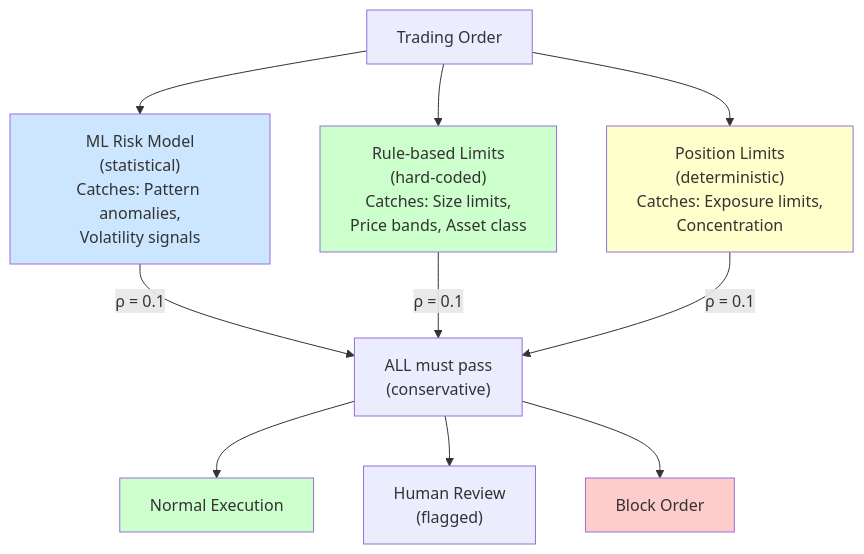
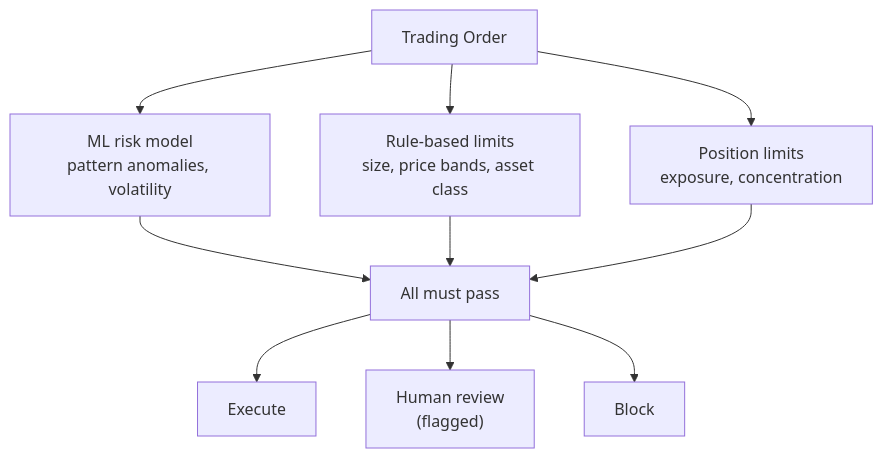
Before and after one commit to quantified-uncertainty/cairn: the seventh of 9 diagrams in apps/delegation-risk/src/content/docs/entanglements/case-studies/examples.md, drawn with Mermaid. The commit also changed other lines of this file and 253 other files, not shown here.

````diff
--- a/apps/delegation-risk/src/content/docs/entanglements/case-studies/examples.md
+++ b/apps/delegation-risk/src/content/docs/entanglements/case-studies/examples.md
@@ -305,21 +231,15 @@
 ```mermaid
 flowchart TB
     TO[Trading Order]
-    TO --> ML["ML Risk Model<br/>(statistical)<br/>Catches: Pattern anomalies,<br/>Volatility signals"]
-    TO --> RB["Rule-based Limits<br/>(hard-coded)<br/>Catches: Size limits,<br/>Price bands, Asset class"]
-    TO --> PL["Position Limits<br/>(deterministic)<br/>Catches: Exposure limits,<br/>Concentration"]
+    TO --> ML["ML risk model<br/>pattern anomalies, volatility"]
+    TO --> RB["Rule-based limits<br/>size, price bands, asset class"]
+    TO --> PL["Position limits<br/>exposure, concentration"]
 
-    ML -->|"ρ = 0.1"| AG["ALL must pass<br/>(conservative)"]
-    RB -->|"ρ = 0.1"| AG
-    PL -->|"ρ = 0.1"| AG
+    ML --> AG["All must pass"]
+    RB --> AG
+    PL --> AG
 
-    AG --> NE[Normal Execution]
-    AG --> HR["Human Review<br/>(flagged)"]
-    AG --> BO[Block Order]
-
-    style ML fill:#cce6ff
-    style RB fill:#ccffcc
-    style PL fill:#ffffcc
-    style NE fill:#ccffcc
-    style BO fill:#ffcccc
+    AG --> NE[Execute]
+    AG --> HR["Human review<br/>(flagged)"]
+    AG --> BO[Block]
 ```
````
